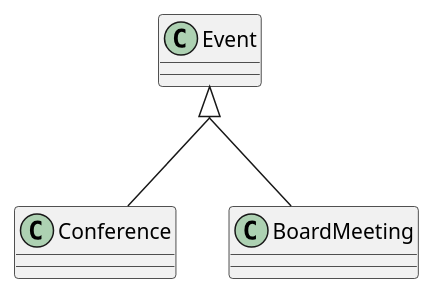
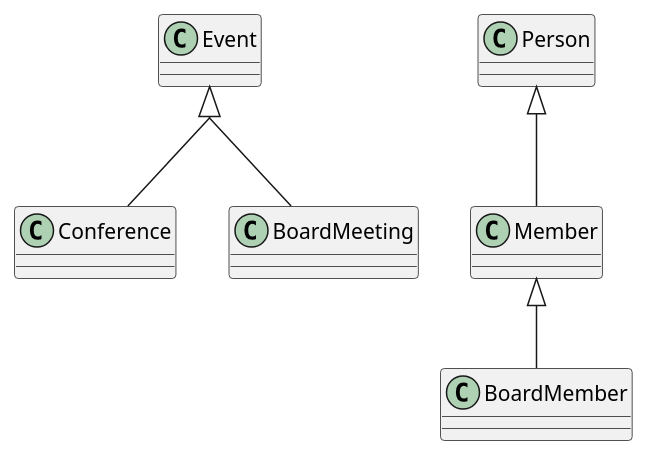
One commit to tatianagarijo/UMlClasesTatianaGarijo changed the diagram in src/Prueba.puml. Above: the diagram before and after it, drawn with PlantUML. The commit also changed 3 other files, not shown here.

```diff
--- a/src/Prueba.puml
+++ b/src/Prueba.puml
@@ -1,16 +1,29 @@
 @startuml
     class Event{
     }
 
     class Conference{
     }
 
     class BoardMeeting{
     }
 
 
     skinparam groupInheritance 2
     Event <|-- BoardMeeting
     Event <|-- Conference
 
+    class Person{
+    }
+
+    class Member{
+    }
+
+    class BoardMember{
+    }
+
+    Member <|-- BoardMember
+    Person <|-- Member
+
+
 @enduml
```
